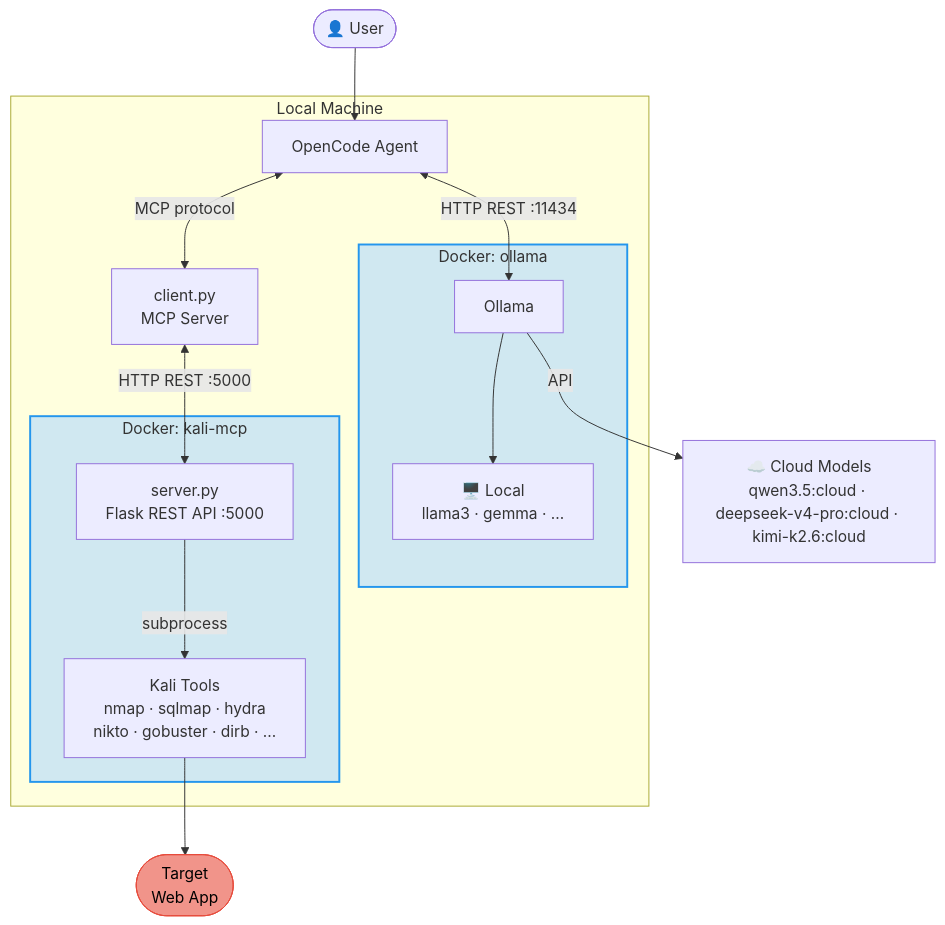
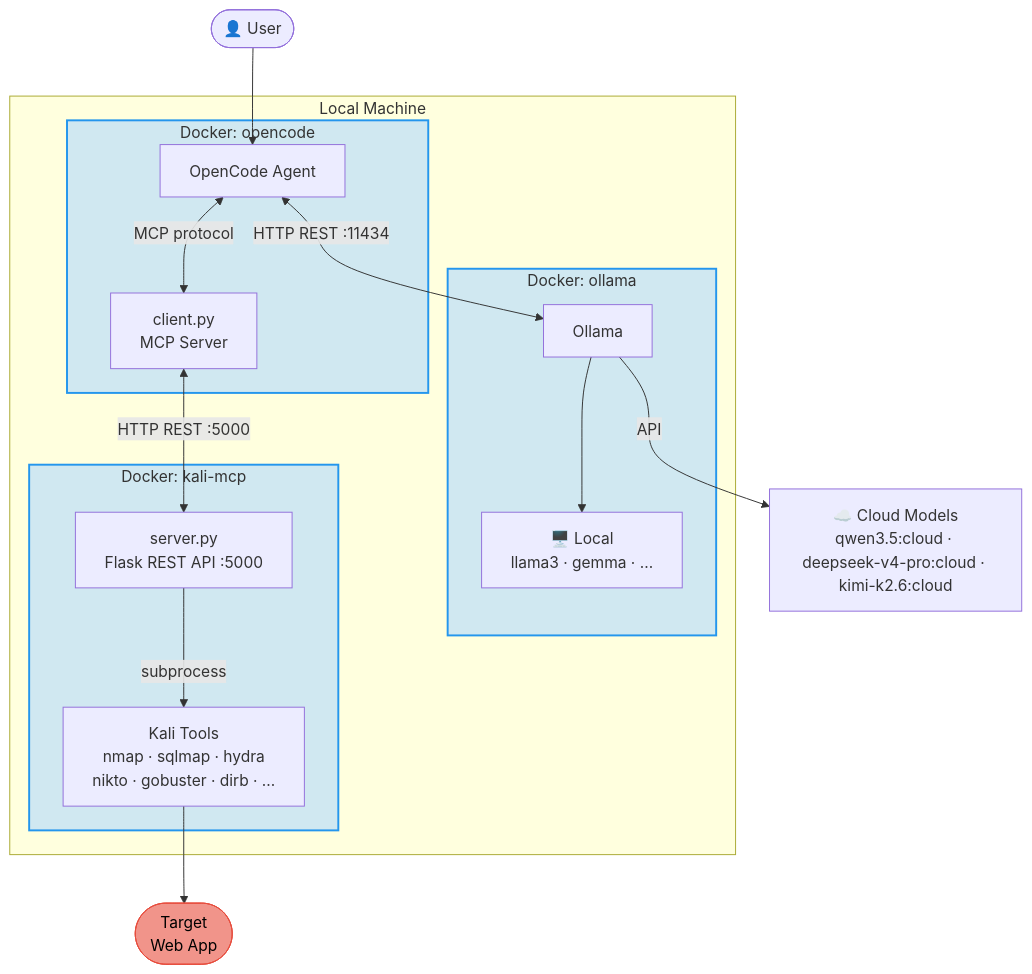
One commit to hiperesfera/Michos changed the diagram in Readme.md. Above: the diagram before and after it, drawn with Mermaid. The commit also changed other lines of this file, not shown here.

Commit message:
add opencode container

````diff
--- a/Readme.md
+++ b/Readme.md
@@ -66,34 +66,38 @@
 ```mermaid
 flowchart TD
     User(["👤 User"]) --> Agent
 
     subgraph Local["Local Machine"]
-        Agent["OpenCode Agent"]
-        MCP["client.py\nMCP Server"]
+
+        subgraph OpencodeC["Docker: opencode"]
+            Agent["OpenCode Agent"]
+            MCP["client.py\nMCP Server"]
+        end
 
         subgraph OllamaC["Docker: ollama"]
             Ollama["Ollama"]
             LocalM["🖥️ Local\nllama3 · gemma · ..."]
             Ollama --> LocalM
         end
 
         subgraph KaliC["Docker: kali-mcp"]
             API["server.py\nFlask REST API :5000"]
             Tools["Kali Tools\nnmap · sqlmap · hydra\nnikto · gobuster · dirb · ..."]
         end
 
         Agent <-->|"HTTP REST :11434"| Ollama
         Agent <-->|"MCP protocol"| MCP
         MCP <-->|"HTTP REST :5000"| API
         API -->|"subprocess"| Tools
     end
 
     CloudM["☁️ Cloud Models\nqwen3.5:cloud · deepseek-v4-pro:cloud · kimi-k2.6:cloud"]
 
     Ollama -->|"API"| CloudM
     Tools --> Target(["Target\nWeb App"])
 
+    style OpencodeC fill:#d0e8f1,stroke:#2496ed,stroke-width:2px
     style OllamaC fill:#d0e8f1,stroke:#2496ed,stroke-width:2px
     style KaliC fill:#d0e8f1,stroke:#2496ed,stroke-width:2px
     style Target fill:#f1948a,stroke:#e74c3c,color:#000
 ```
````
